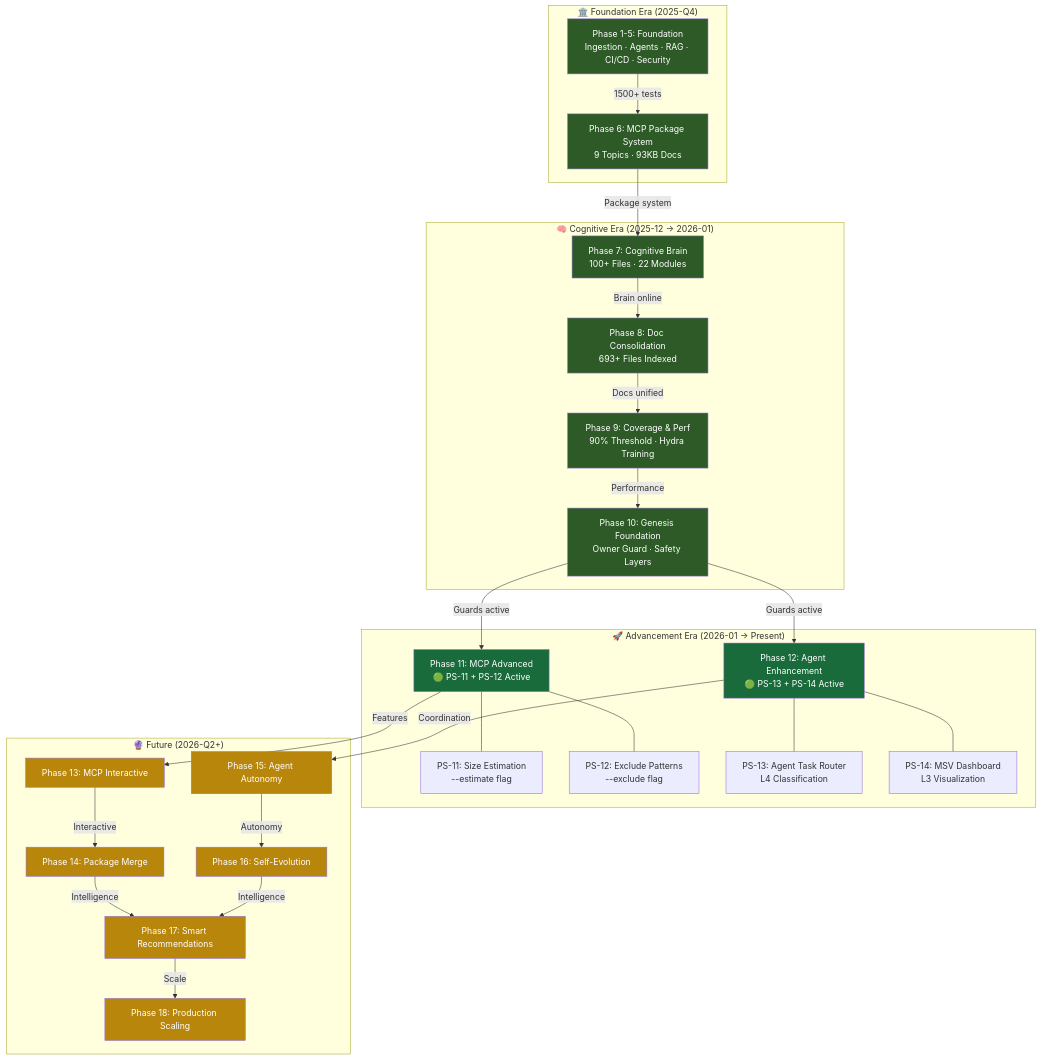
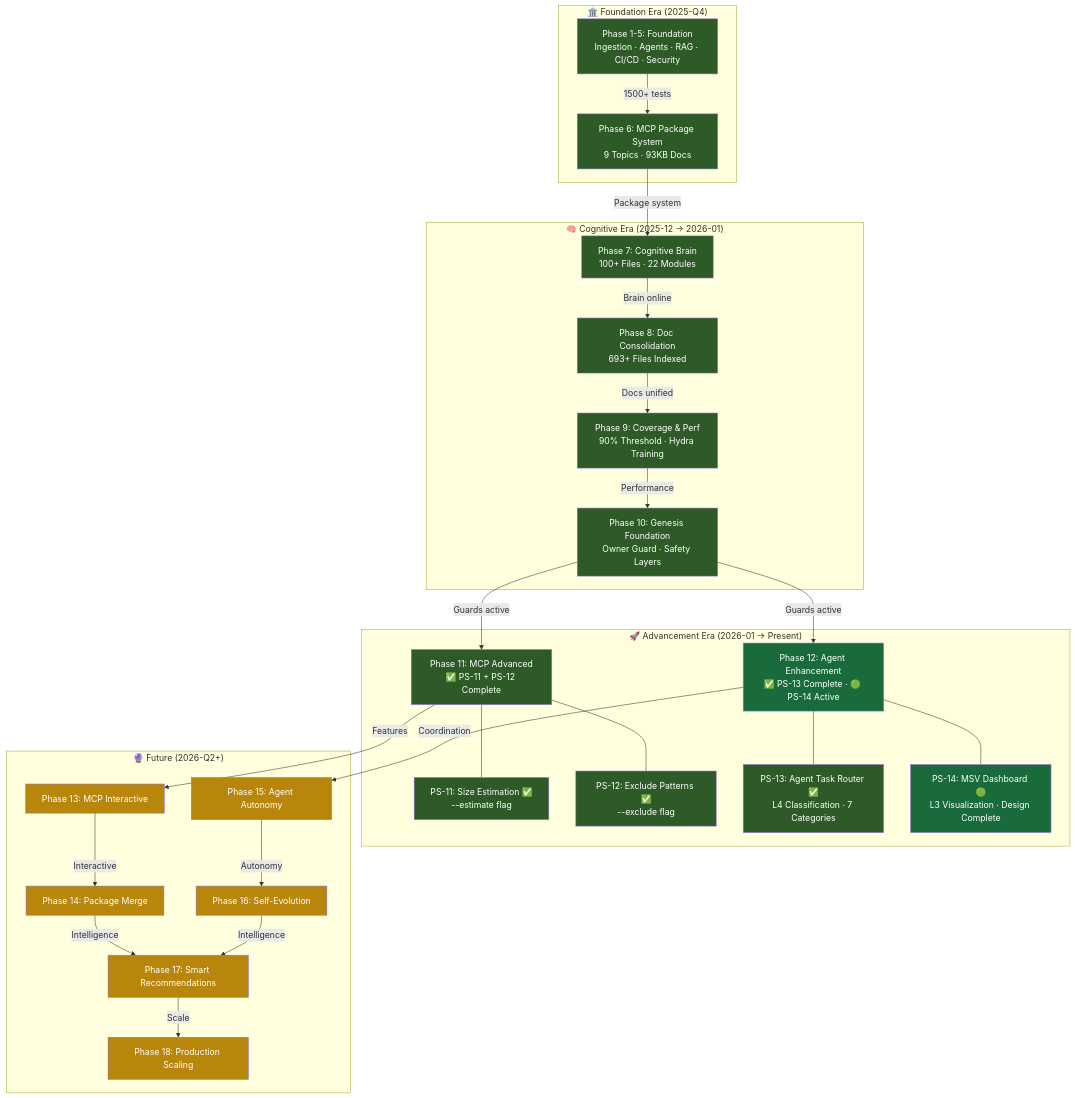
Before and after one commit to Aries-Serpent/_codex_: the first of 5 diagrams in docs/evolution/COGNITIVE_EVOLUTION_TREE.md, drawn with Mermaid. The commit also changed other lines of this file and 3 other files, not shown here.

````diff
--- a/docs/evolution/COGNITIVE_EVOLUTION_TREE.md
+++ b/docs/evolution/COGNITIVE_EVOLUTION_TREE.md
@@ -11,65 +11,69 @@
 ```mermaid
 graph TD
     subgraph Foundation["🏛️ Foundation Era (2025-Q4)"]
         P1[Phase 1-5: Foundation<br/>Ingestion · Agents · RAG · CI/CD · Security]
         P6[Phase 6: MCP Package System<br/>9 Topics · 93KB Docs]
     end
 
     subgraph Cognitive["🧠 Cognitive Era (2025-12 → 2026-01)"]
         P7[Phase 7: Cognitive Brain<br/>100+ Files · 22 Modules]
         P8[Phase 8: Doc Consolidation<br/>693+ Files Indexed]
         P9[Phase 9: Coverage & Perf<br/>90% Threshold · Hydra Training]
         P10[Phase 10: Genesis Foundation<br/>Owner Guard · Safety Layers]
     end
 
     subgraph Advancement["🚀 Advancement Era (2026-01 → Present)"]
-        P11[Phase 11: MCP Advanced<br/>🟢 PS-11 + PS-12 Active]
-        P12[Phase 12: Agent Enhancement<br/>🟢 PS-13 + PS-14 Active]
-        PS11[PS-11: Size Estimation<br/>--estimate flag]
-        PS12[PS-12: Exclude Patterns<br/>--exclude flag]
-        PS13[PS-13: Agent Task Router<br/>L4 Classification]
-        PS14[PS-14: MSV Dashboard<br/>L3 Visualization]
+        P11[Phase 11: MCP Advanced<br/>✅ PS-11 + PS-12 Complete]
+        P12[Phase 12: Agent Enhancement<br/>✅ PS-13 Complete · 🟢 PS-14 Active]
+        PS11[PS-11: Size Estimation ✅<br/>--estimate flag]
+        PS12[PS-12: Exclude Patterns ✅<br/>--exclude flag]
+        PS13[PS-13: Agent Task Router ✅<br/>L4 Classification · 7 Categories]
+        PS14[PS-14: MSV Dashboard 🟢<br/>L3 Visualization · Design Complete]
         P11 --- PS11
         P11 --- PS12
         P12 --- PS13
         P12 --- PS14
     end
 
     subgraph Future["🔮 Future (2026-Q2+)"]
         P13[Phase 13: MCP Interactive]
         P14[Phase 14: Package Merge]
         P15[Phase 15: Agent Autonomy]
         P16[Phase 16: Self-Evolution]
         P17[Phase 17: Smart Recommendations]
         P18[Phase 18: Production Scaling]
     end
 
     P1 -->|"1500+ tests"| P6
     P6 -->|"Package system"| P7
     P7 -->|"Brain online"| P8
     P8 -->|"Docs unified"| P9
     P9 -->|"Performance"| P10
     P10 -->|"Guards active"| P11
     P10 -->|"Guards active"| P12
     P11 -->|"Features"| P13
     P12 -->|"Coordination"| P15
     P13 -->|"Interactive"| P14
     P15 -->|"Autonomy"| P16
     P14 & P16 -->|"Intelligence"| P17
     P17 -->|"Scale"| P18
 
     style P1 fill:#2d5a27,color:#fff
     style P6 fill:#2d5a27,color:#fff
     style P7 fill:#2d5a27,color:#fff
     style P8 fill:#2d5a27,color:#fff
     style P9 fill:#2d5a27,color:#fff
     style P10 fill:#2d5a27,color:#fff
-    style P11 fill:#1a6b3c,color:#fff
+    style P11 fill:#2d5a27,color:#fff
     style P12 fill:#1a6b3c,color:#fff
+    style PS11 fill:#2d5a27,color:#fff
+    style PS12 fill:#2d5a27,color:#fff
+    style PS13 fill:#2d5a27,color:#fff
+    style PS14 fill:#1a6b3c,color:#fff
     style P13 fill:#b8860b,color:#fff
     style P14 fill:#b8860b,color:#fff
     style P15 fill:#b8860b,color:#fff
     style P16 fill:#b8860b,color:#fff
     style P17 fill:#b8860b,color:#fff
     style P18 fill:#b8860b,color:#fff
 ```
````
